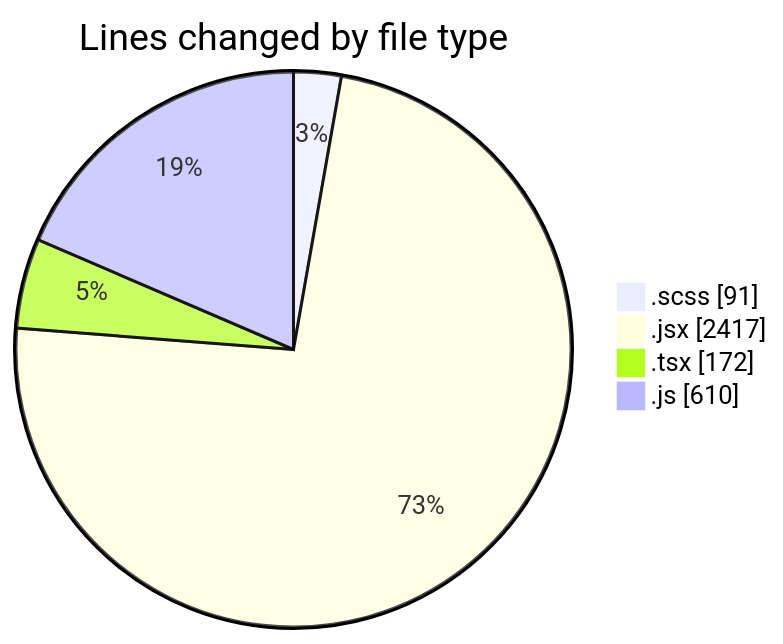
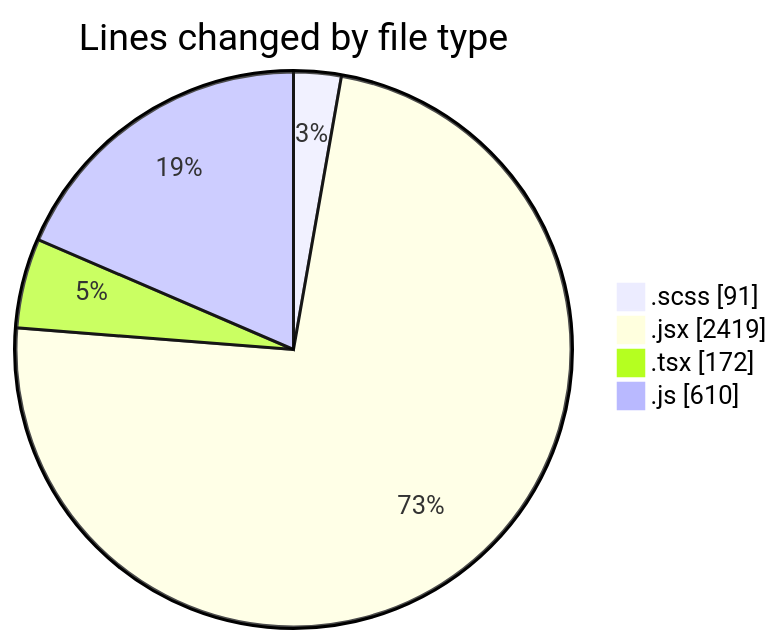
Before and after one commit to momahboobian/code-tracking: the first of 2 diagrams in 2025-06-03/cda/README.md, drawn with Mermaid. The commit also changed other lines of this file and 1 other file, not shown here.

````diff
--- a/2025-06-03/cda/README.md
+++ b/2025-06-03/cda/README.md
@@ -27,8 +27,8 @@
 ```mermaid
 pie showData
 title Lines changed by file type
 ".scss" : 91
-".jsx" : 2417
+".jsx" : 2419
 ".tsx" : 172
 ".js" : 610
 ```
````
